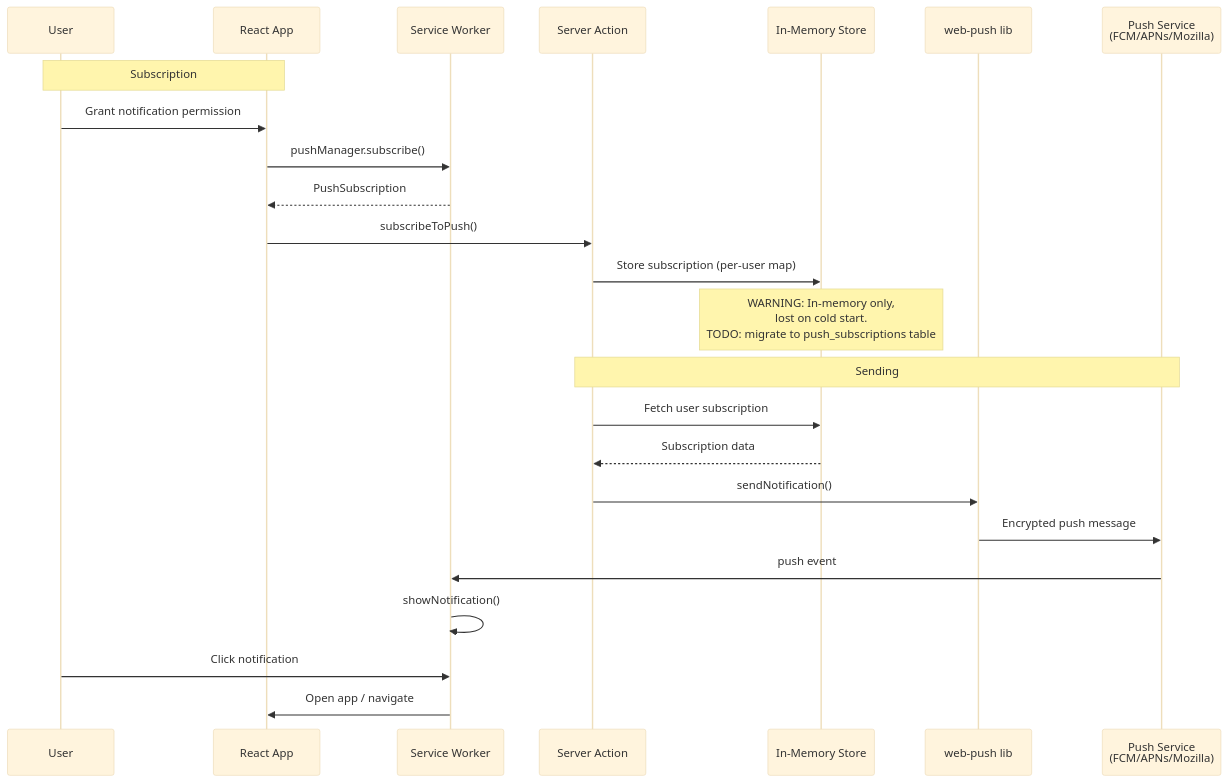
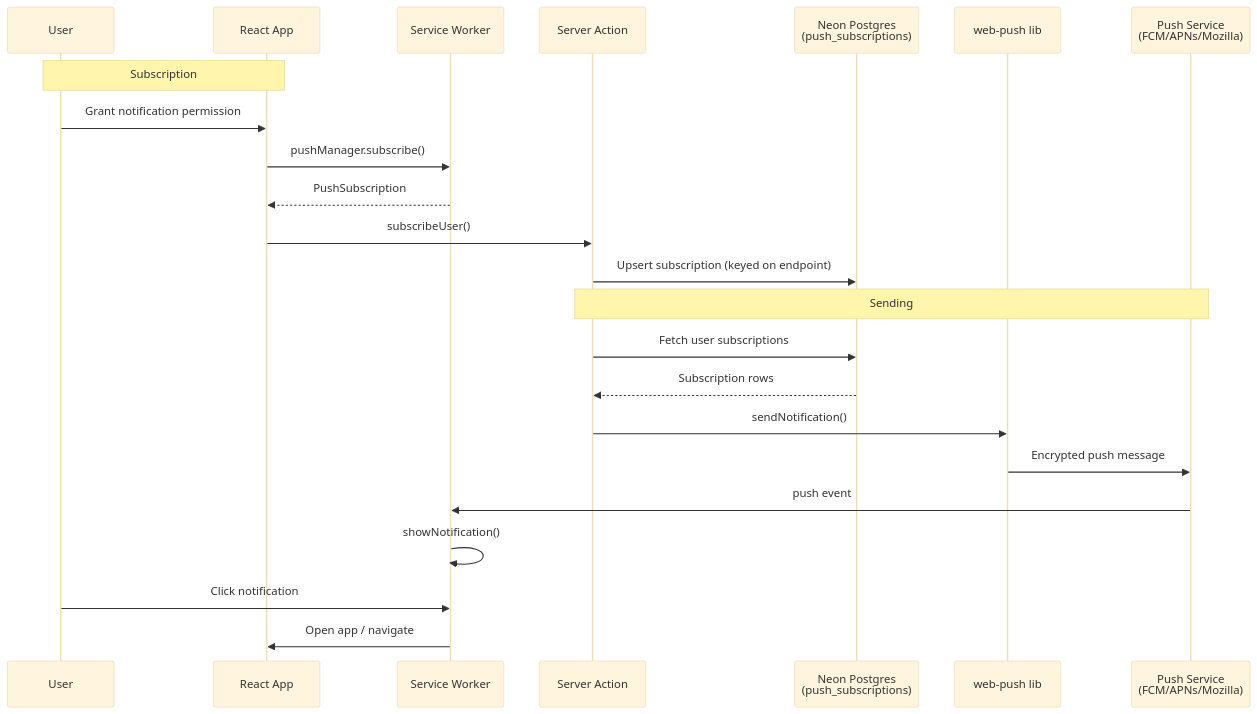
The first of 3 diagrams in docs/diagrams/notification-flow.md (julienroussel/tml), drawn with Mermaid (base theme) before and after one commit. The commit also changed 7 other files, not shown here.

````diff
--- a/docs/diagrams/notification-flow.md
+++ b/docs/diagrams/notification-flow.md
@@ -7,30 +7,29 @@
 ```mermaid
 sequenceDiagram
     participant User
     participant App as React App
     participant SW as Service Worker
     participant Action as Server Action
-    participant Memory as In-Memory Store
+    participant DB as Neon Postgres<br/>(push_subscriptions)
     participant WebPush as web-push lib
     participant PushSvc as Push Service<br/>(FCM/APNs/Mozilla)
 
     Note over User,App: Subscription
 
     User->>App: Grant notification permission
     App->>SW: pushManager.subscribe()
     SW-->>App: PushSubscription
-    App->>Action: subscribeToPush()
-    Action->>Memory: Store subscription (per-user map)
-    Note over Memory: WARNING: In-memory only,<br/>lost on cold start.<br/>TODO: migrate to push_subscriptions table
+    App->>Action: subscribeUser()
+    Action->>DB: Upsert subscription (keyed on endpoint)
 
     Note over Action,PushSvc: Sending
 
-    Action->>Memory: Fetch user subscription
-    Memory-->>Action: Subscription data
+    Action->>DB: Fetch user subscriptions
+    DB-->>Action: Subscription rows
     Action->>WebPush: sendNotification()
     WebPush->>PushSvc: Encrypted push message
     PushSvc->>SW: push event
     SW->>SW: showNotification()
     User->>SW: Click notification
     SW->>App: Open app / navigate
 ```
````
